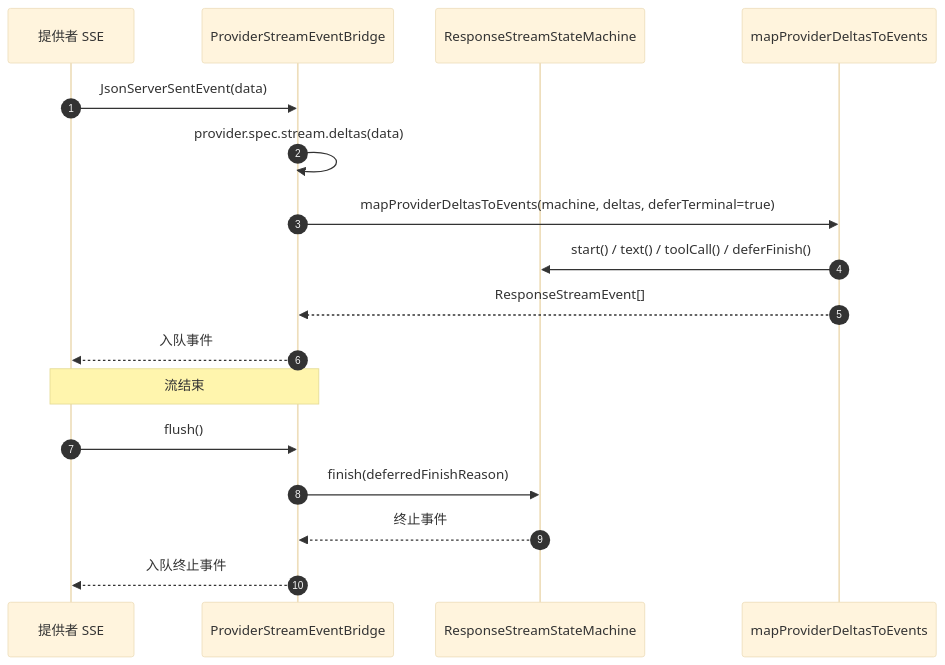
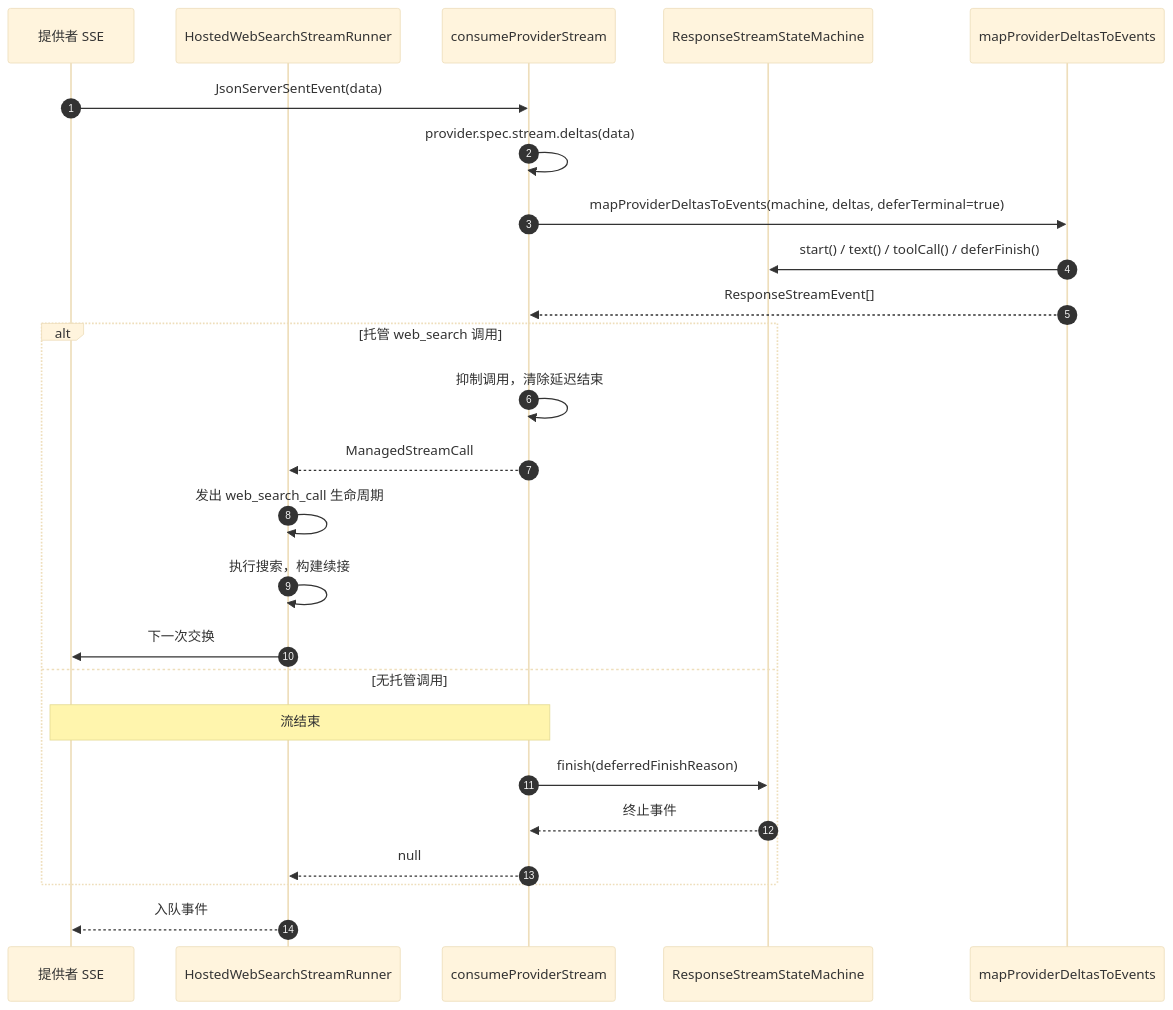
Before and after one commit to Ahoo-Wang/GodeX: the second of 3 diagrams in wiki/zh/02-architecture/streaming-pipeline.md, drawn with Mermaid (base theme). The commit also changed other lines of this file and 70 other files, not shown here.

````diff
--- a/wiki/zh/02-architecture/streaming-pipeline.md
+++ b/wiki/zh/02-architecture/streaming-pipeline.md
@@ -77,21 +89,29 @@
 ```mermaid
 sequenceDiagram
     autonumber
     participant SSE as 提供者 SSE
-    participant B as ProviderStreamEventBridge
+    participant R as HostedWebSearchStreamRunner
+    participant C as consumeProviderStream
     participant M as ResponseStreamStateMachine
     participant D as mapProviderDeltasToEvents
 
-    SSE->>B: JsonServerSentEvent(data)
-    B->>B: provider.spec.stream.deltas(data)
-    B->>D: mapProviderDeltasToEvents(machine, deltas, deferTerminal=true)
+    SSE->>C: JsonServerSentEvent(data)
+    C->>C: provider.spec.stream.deltas(data)
+    C->>D: mapProviderDeltasToEvents(machine, deltas, deferTerminal=true)
     D->>M: start() / text() / toolCall() / deferFinish()
-    D-->>B: ResponseStreamEvent[]
-    B-->>SSE: 入队事件
+    D-->>C: ResponseStreamEvent[]
 
-    Note over SSE,B: 流结束
-    SSE->>B: flush()
-    B->>M: finish(deferredFinishReason)
-    M-->>B: 终止事件
-    B-->>SSE: 入队终止事件
+    alt 托管 web_search 调用
+        C->>C: 抑制调用，清除延迟结束
+        C-->>R: ManagedStreamCall
+        R->>R: 发出 web_search_call 生命周期
+        R->>R: 执行搜索，构建续接
+        R->>SSE: 下一次交换
+    else 无托管调用
+        Note over SSE,C: 流结束
+        C->>M: finish(deferredFinishReason)
+        M-->>C: 终止事件
+        C-->>R: null
+    end
+    R-->>SSE: 入队事件
 ```
````
